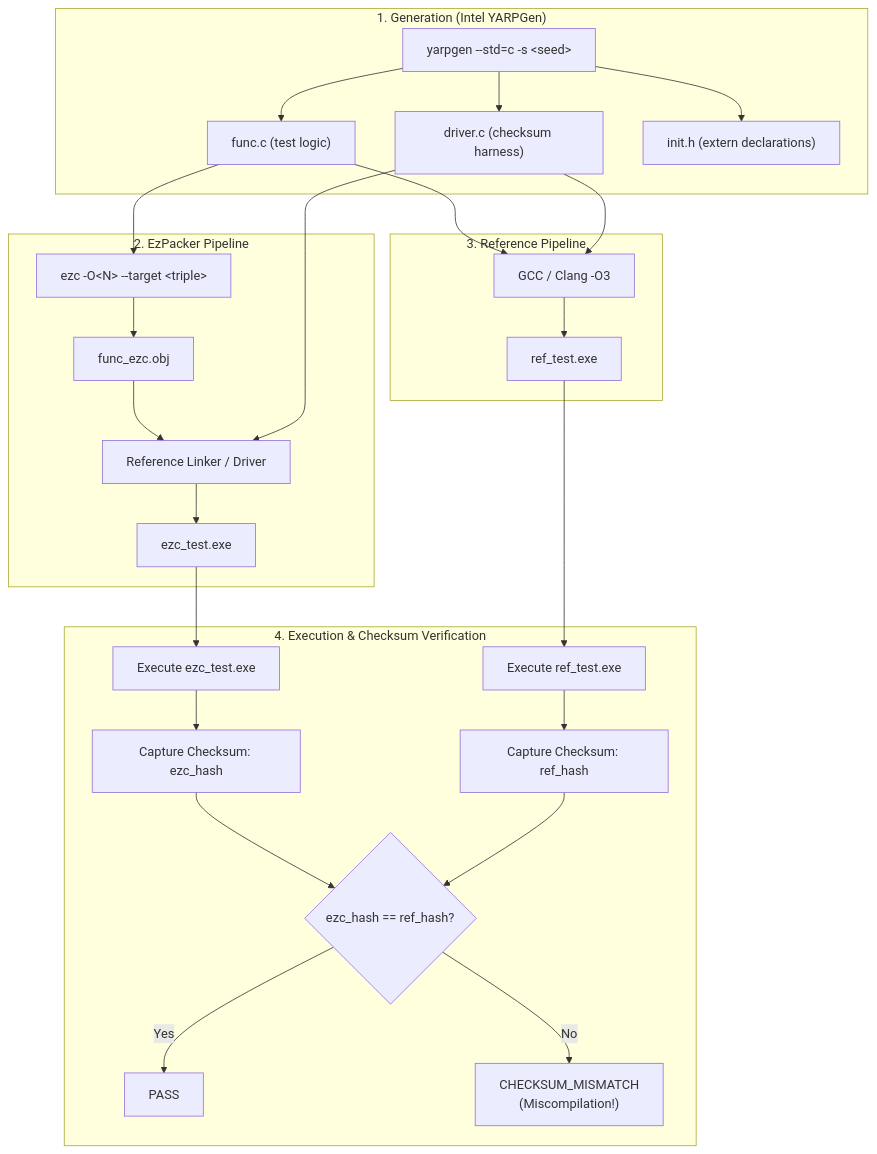
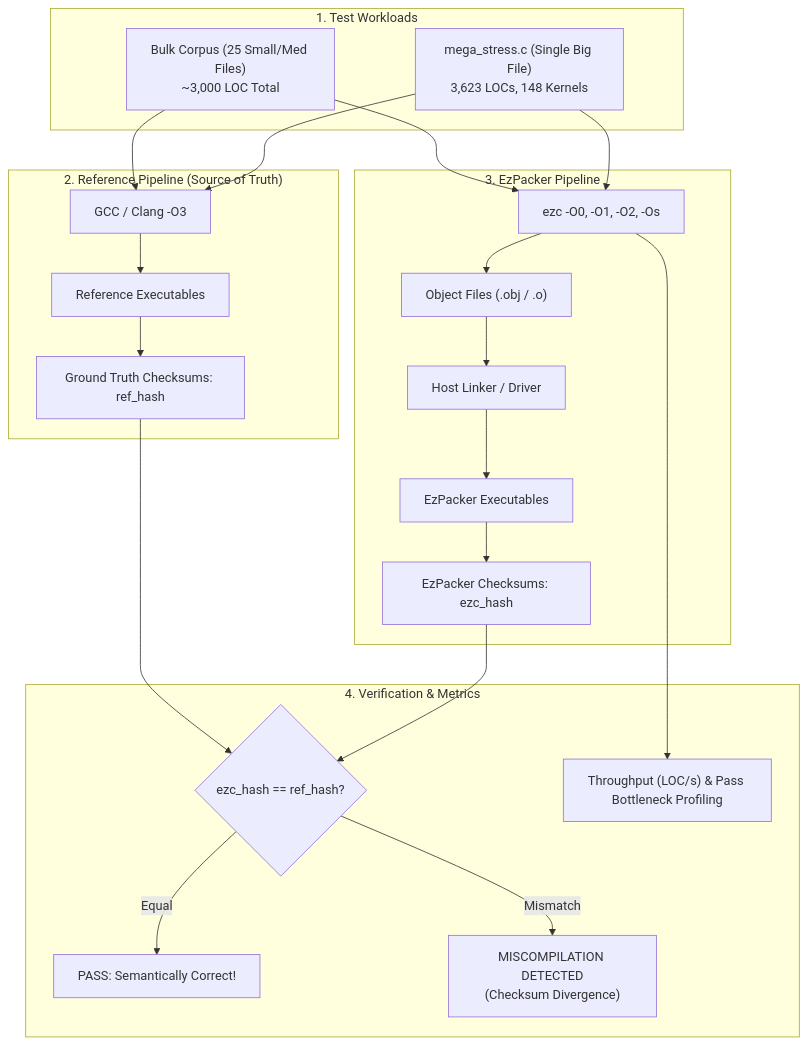
Before and after one commit to DaniTRDev/EzPacker: the diagram in docs/yarpgen_differential_testing.md, drawn with Mermaid. The commit also changed other lines of this file and 58 other files, not shown here.

Commit message:
feat(test): add yarpgen vendor integration and dual-mode bulk & stress differential test suites

````diff
--- a/docs/yarpgen_differential_testing.md
+++ b/docs/yarpgen_differential_testing.md
@@ -20,30 +21,28 @@
 ```mermaid
 flowchart TD
-    subgraph Gen["1. Generation (Intel YARPGen)"]
-        Y["yarpgen --std=c -s &lt;seed&gt;"] --> F1["func.c (test logic)"]
-        Y --> F2["driver.c (checksum harness)"]
-        Y --> F3["init.h (extern declarations)"]
+    subgraph Suites["1. Test Workloads"]
+        B["Bulk Corpus (25 Small/Med Files)<br/>~3,000 LOC Total"]
+        S["mega_stress.c (Single Big File)<br/>3,623 LOCs, 148 Kernels"]
     end
 
-    subgraph CompEzc["2. EzPacker Pipeline"]
-        F1 --> EZC["ezc -O&lt;N&gt; --target &lt;triple&gt;"]
-        EZC --> OBJ["func_ezc.obj"]
-        OBJ & F2 --> LINK["Reference Linker / Driver"]
-        LINK --> EXE_EZC["ezc_test.exe"]
+    subgraph RefPipeline["2. Reference Pipeline (Source of Truth)"]
+        B & S --> REF_CC["GCC / Clang -O3"]
+        REF_CC --> REF_EXE["Reference Executables"]
+        REF_EXE --> REF_HASH["Ground Truth Checksums: ref_hash"]
     end
 
-    subgraph CompRef["3. Reference Pipeline"]
-        F1 & F2 --> REF["GCC / Clang -O3"]
-        REF --> EXE_REF["ref_test.exe"]
+    subgraph EzcPipeline["3. EzPacker Pipeline"]
+        B & S --> EZC["ezc -O0, -O1, -O2, -Os"]
+        EZC --> EZC_OBJ["Object Files (.obj / .o)"]
+        EZC_OBJ --> LINK["Host Linker / Driver"]
+        LINK --> EZC_EXE["EzPacker Executables"]
+        EZC_EXE --> EZC_HASH["EzPacker Checksums: ezc_hash"]
     end
 
-    subgraph Verif["4. Execution &amp; Checksum Verification"]
-        EXE_EZC --> RUN_EZC["Execute ezc_test.exe"]
-        EXE_REF --> RUN_REF["Execute ref_test.exe"]
-        RUN_EZC --> OUT_EZC["Capture Checksum: ezc_hash"]
-        RUN_REF --> OUT_REF["Capture Checksum: ref_hash"]
-        OUT_EZC & OUT_REF --> CMP{"ezc_hash == ref_hash?"}
-        CMP -->|Yes| PASS["PASS"]
-        CMP -->|No| BUG["CHECKSUM_MISMATCH<br/>(Miscompilation!)"]
+    subgraph Verif["4. Verification & Metrics"]
+        REF_HASH & EZC_HASH --> CMP{"ezc_hash == ref_hash?"}
+        CMP -->|Equal| PASS["PASS: Semantically Correct!"]
+        CMP -->|Mismatch| FAIL["MISCOMPILATION DETECTED<br/>(Checksum Divergence)"]
+        EZC --> PERF["Throughput (LOC/s) & Pass Bottleneck Profiling"]
     end
 ```
````
